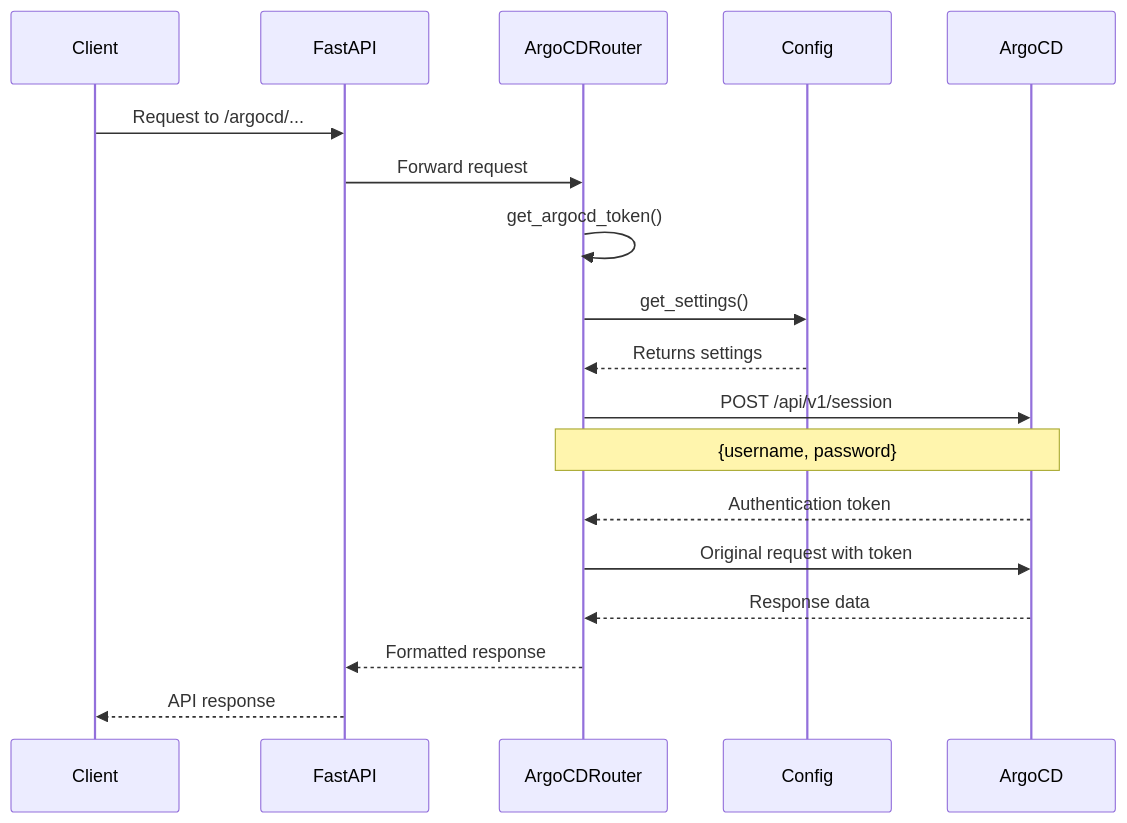
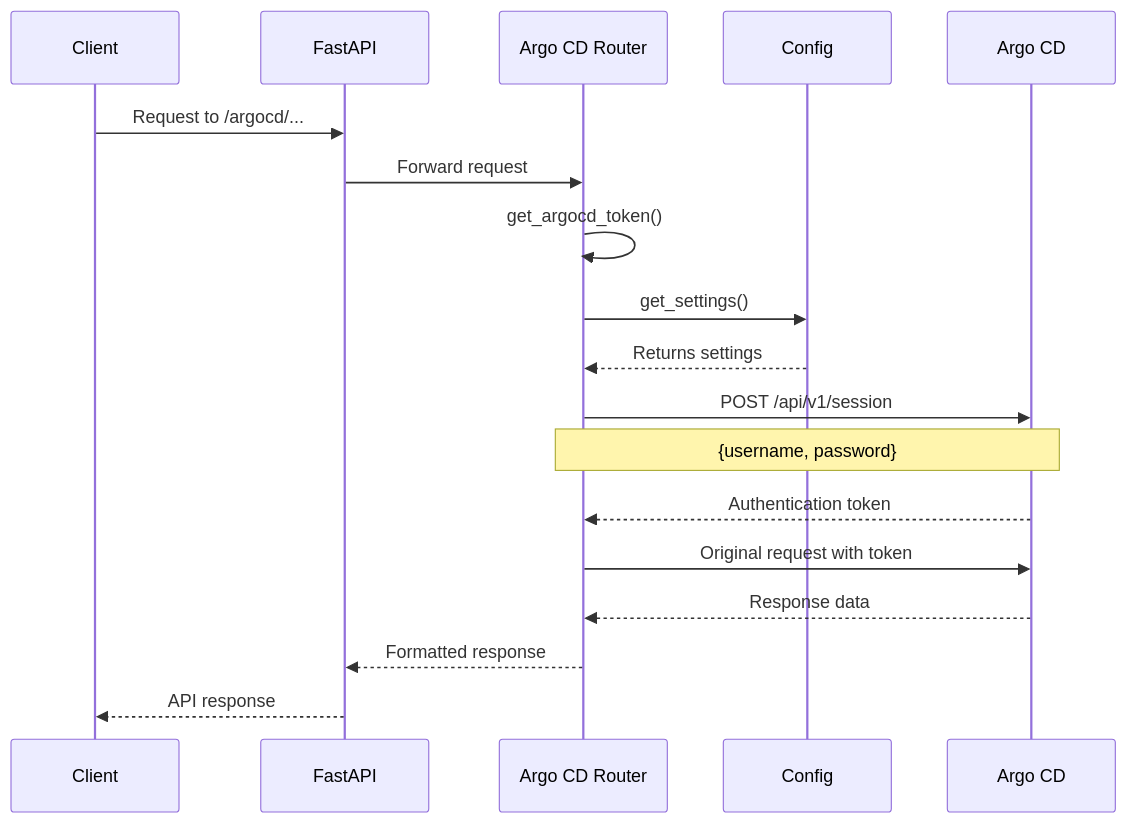
One commit to lloydchang/tvp-k8s changed the third of 9 diagrams in README.md. Above: the diagram before and after it, drawn with Mermaid. The commit also changed other lines of this file and 5 other files, not shown here.

````diff
--- a/README.md
+++ b/README.md
@@ -223,24 +223,24 @@
 ```mermaid
 sequenceDiagram
     participant Client
     participant FastAPI
-    participant ArgoCDRouter
+    participant Argo CD Router
     participant Config
-    participant ArgoCD
+    participant Argo CD
     
     Client->>FastAPI: Request to /argocd/...
-    FastAPI->>ArgoCDRouter: Forward request
-    ArgoCDRouter->>ArgoCDRouter: get_argocd_token()
-    ArgoCDRouter->>Config: get_settings()
-    Config-->>ArgoCDRouter: Returns settings
+    FastAPI->>Argo CD Router: Forward request
+    Argo CD Router->>Argo CD Router: get_argocd_token()
+    Argo CD Router->>Config: get_settings()
+    Config-->>Argo CD Router: Returns settings
     
-    ArgoCDRouter->>ArgoCD: POST /api/v1/session
-    Note over ArgoCDRouter,ArgoCD: {username, password}
-    ArgoCD-->>ArgoCDRouter: Authentication token
+    Argo CD Router->>Argo CD: POST /api/v1/session
+    Note over Argo CD Router,Argo CD: {username, password}
+    Argo CD-->>Argo CD Router: Authentication token
     
-    ArgoCDRouter->>ArgoCD: Original request with token
-    ArgoCD-->>ArgoCDRouter: Response data
-    ArgoCDRouter-->>FastAPI: Formatted response
+    Argo CD Router->>Argo CD: Original request with token
+    Argo CD-->>Argo CD Router: Response data
+    Argo CD Router-->>FastAPI: Formatted response
     FastAPI-->>Client: API response
 
 ```
````
